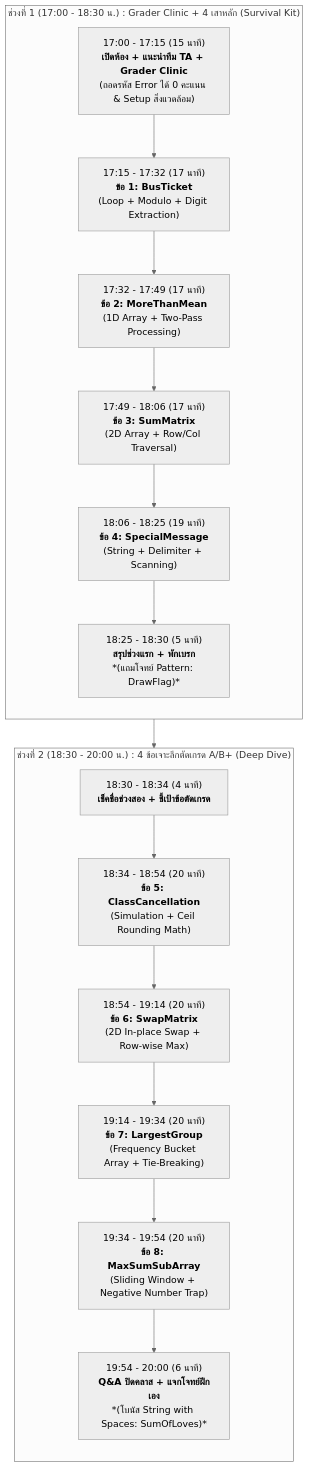
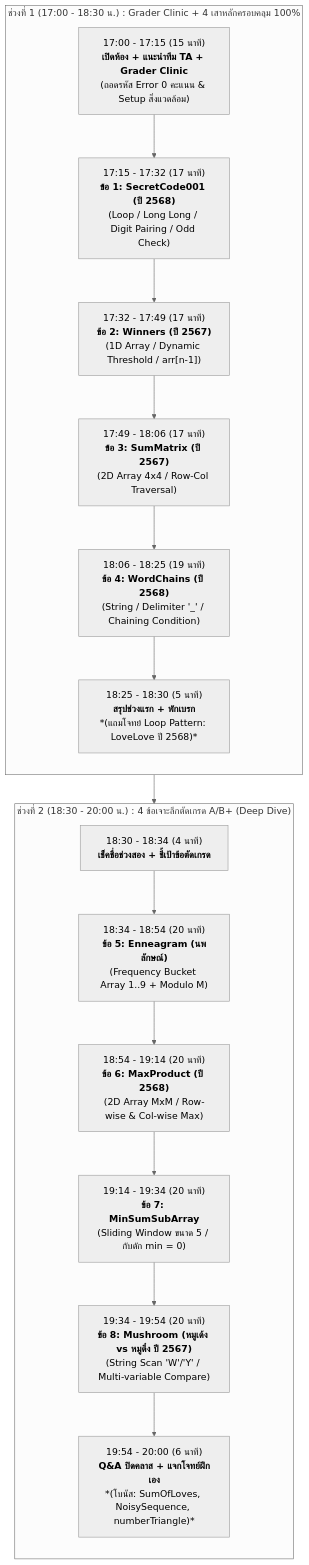
One commit to sirkrid10/CS102_Tutor changed the diagram in LESSON_PLAN.md. Above: the diagram before and after it, drawn with Mermaid (neutral theme). The commit also changed other lines of this file and 1 other file, not shown here.

Commit message:
Update lesson plan and readme with Grader Problems Latest curriculum

````diff
--- a/LESSON_PLAN.md
+++ b/LESSON_PLAN.md
@@ -24,22 +24,22 @@
 ```mermaid
 flowchart TD
-    subgraph S1["ช่วงที่ 1 (17:00 - 18:30 น.) : Grader Clinic + 4 เสาหลัก (Survival Kit)"]
+    subgraph S1["ช่วงที่ 1 (17:00 - 18:30 น.) : Grader Clinic + 4 เสาหลักครอบคลุม 100%"]
         direction TB
-        A0["17:00 - 17:15 (15 นาที)<br><b>เปิดห้อง + แนะนำทีม TA + Grader Clinic</b><br>(ถอดรหัส Error ได้ 0 คะแนน & Setup สิ่งแวดล้อม)"] --> A1
-        A1["17:15 - 17:32 (17 นาที)<br><b>ข้อ 1: BusTicket</b><br>(Loop + Modulo + Digit Extraction)"] --> A2["17:32 - 17:49 (17 นาที)<br><b>ข้อ 2: MoreThanMean</b><br>(1D Array + Two-Pass Processing)"]
-        A2 --> A3["17:49 - 18:06 (17 นาที)<br><b>ข้อ 3: SumMatrix</b><br>(2D Array + Row/Col Traversal)"]
-        A3 --> A4["18:06 - 18:25 (19 นาที)<br><b>ข้อ 4: SpecialMessage</b><br>(String + Delimiter + Scanning)"]
-        A4 --> A5["18:25 - 18:30 (5 นาที)<br><b>สรุปช่วงแรก + พักเบรก</b><br>*(แถมโจทย์ Pattern: DrawFlag)*"]
+        A0["17:00 - 17:15 (15 นาที)<br><b>เปิดห้อง + แนะนำทีม TA + Grader Clinic</b><br>(ถอดรหัส Error 0 คะแนน & Setup สิ่งแวดล้อม)"] --> A1
+        A1["17:15 - 17:32 (17 นาที)<br><b>ข้อ 1: SecretCode001 (ปี 2568)</b><br>(Loop / Long Long / Digit Pairing / Odd Check)"] --> A2["17:32 - 17:49 (17 นาที)<br><b>ข้อ 2: Winners (ปี 2567)</b><br>(1D Array / Dynamic Threshold / arr[n-1])"]
+        A2 --> A3["17:49 - 18:06 (17 นาที)<br><b>ข้อ 3: SumMatrix (ปี 2567)</b><br>(2D Array 4x4 / Row-Col Traversal)"]
+        A3 --> A4["18:06 - 18:25 (19 นาที)<br><b>ข้อ 4: WordChains (ปี 2568)</b><br>(String / Delimiter '_' / Chaining Condition)"]
+        A4 --> A5["18:25 - 18:30 (5 นาที)<br><b>สรุปช่วงแรก + พักเบรก</b><br>*(แถมโจทย์ Loop Pattern: LoveLove ปี 2568)*"]
     end
 
     subgraph S2["ช่วงที่ 2 (18:30 - 20:00 น.) : 4 ข้อเจาะลึกตัดเกรด A/B+ (Deep Dive)"]
         direction TB
         B0["18:30 - 18:34 (4 นาที)<br><b>เช็คชื่อช่วงสอง + ชี้เป้าข้อตัดเกรด</b>"] --> B1
-        B1["18:34 - 18:54 (20 นาที)<br><b>ข้อ 5: ClassCancellation</b><br>(Simulation + Ceil Rounding Math)"] --> B2["18:54 - 19:14 (20 นาที)<br><b>ข้อ 6: SwapMatrix</b><br>(2D In-place Swap + Row-wise Max)"]
-        B2 --> B3["19:14 - 19:34 (20 นาที)<br><b>ข้อ 7: LargestGroup</b><br>(Frequency Bucket Array + Tie-Breaking)"]
-        B3 --> B4["19:34 - 19:54 (20 นาที)<br><b>ข้อ 8: MaxSumSubArray</b><br>(Sliding Window + Negative Number Trap)"]
-        B4 --> B5["19:54 - 20:00 (6 นาที)<br><b>Q&A ปิดคลาส + แจกโจทย์ฝึกเอง</b><br>*(โบนัส String with Spaces: SumOfLoves)*"]
+        B1["18:34 - 18:54 (20 นาที)<br><b>ข้อ 5: Enneagram (นพลักษณ์)</b><br>(Frequency Bucket Array 1..9 + Modulo M)"] --> B2["18:54 - 19:14 (20 นาที)<br><b>ข้อ 6: MaxProduct (ปี 2568)</b><br>(2D Array MxM / Row-wise & Col-wise Max)"]
+        B2 --> B3["19:14 - 19:34 (20 นาที)<br><b>ข้อ 7: MinSumSubArray</b><br>(Sliding Window ขนาด 5 / กับดัก min = 0)"]
+        B3 --> B4["19:34 - 19:54 (20 นาที)<br><b>ข้อ 8: Mushroom (หมูเด้ง vs หมูดึ๋ง ปี 2567)</b><br>(String Scan 'W'/'Y' / Multi-variable Compare)"]
+        B4 --> B5["19:54 - 20:00 (6 นาที)<br><b>Q&A ปิดคลาส + แจกโจทย์ฝึกเอง</b><br>*(โบนัส: SumOfLoves, NoisySequence, numberTriangle)*"]
     end
 
     S1 --> S2
 ```
````
